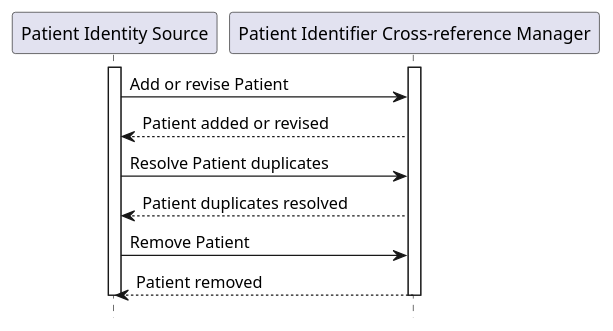
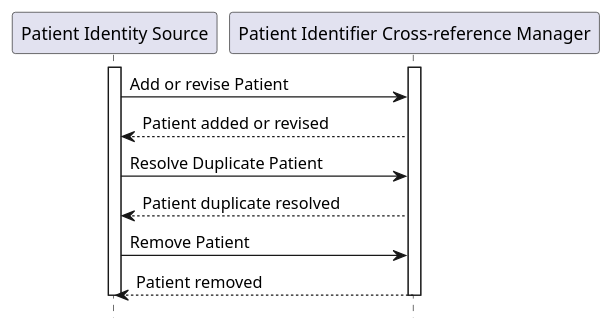
Before and after one commit to IHE/ITI.PIXm: the diagram in input/images-source/ITI-104-seq.plantuml, drawn with PlantUML. The commit also changed 1 other file, not shown here.

Commit message:
Resolve Patient duplicate #39

```diff
--- a/input/images-source/ITI-104-seq.plantuml
+++ b/input/images-source/ITI-104-seq.plantuml
@@ -1,15 +1,15 @@
 @startuml
 hide footbox
 participant "Patient Identity Source" as PatientIdentitySource
 participant "Patient Identifier Cross-reference Manager" as PatientIdentifierCrossReferenceManager
 activate "PatientIdentitySource"
 activate "PatientIdentifierCrossReferenceManager"
 "PatientIdentitySource" -> "PatientIdentifierCrossReferenceManager" : Add or revise Patient
 "PatientIdentifierCrossReferenceManager" --> "PatientIdentitySource" : Patient added or revised
-"PatientIdentitySource" -> "PatientIdentifierCrossReferenceManager" : Resolve Patient duplicates
-"PatientIdentifierCrossReferenceManager" --> "PatientIdentitySource" : Patient duplicates resolved
+"PatientIdentitySource" -> "PatientIdentifierCrossReferenceManager" : Resolve Duplicate Patient
+"PatientIdentifierCrossReferenceManager" --> "PatientIdentitySource" : Patient duplicate resolved
 "PatientIdentitySource" -> "PatientIdentifierCrossReferenceManager" : Remove Patient
 "PatientIdentifierCrossReferenceManager" --> "PatientIdentitySource" : Patient removed
 deactivate "PatientIdentitySource"
 deactivate "PatientIdentifierCrossReferenceManager"
 @enduml
```
